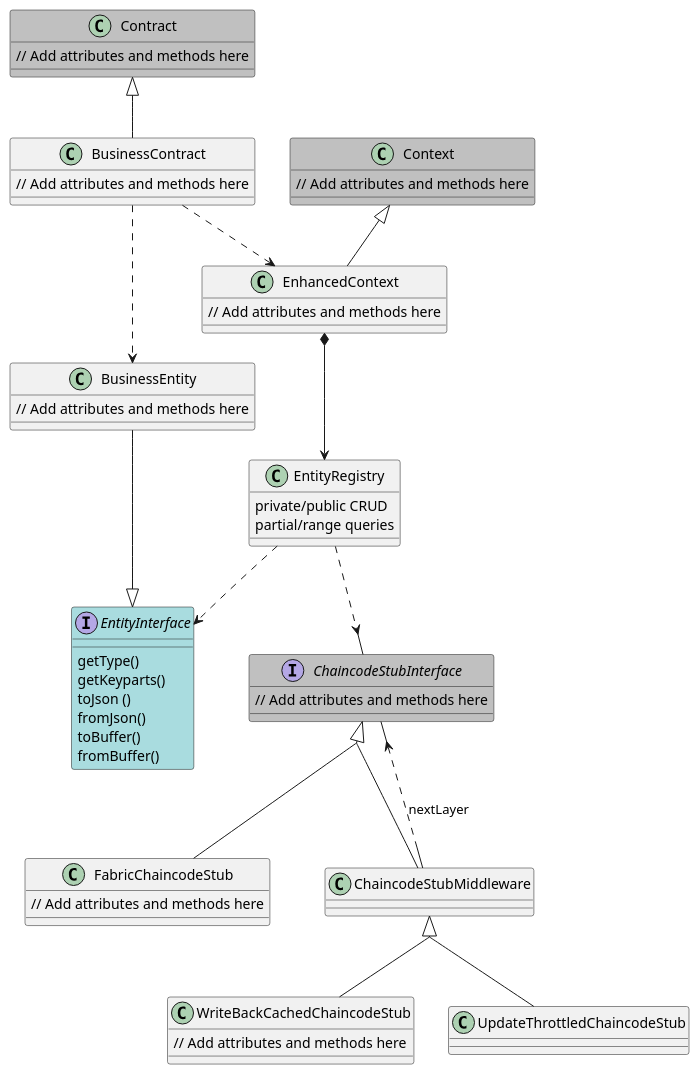
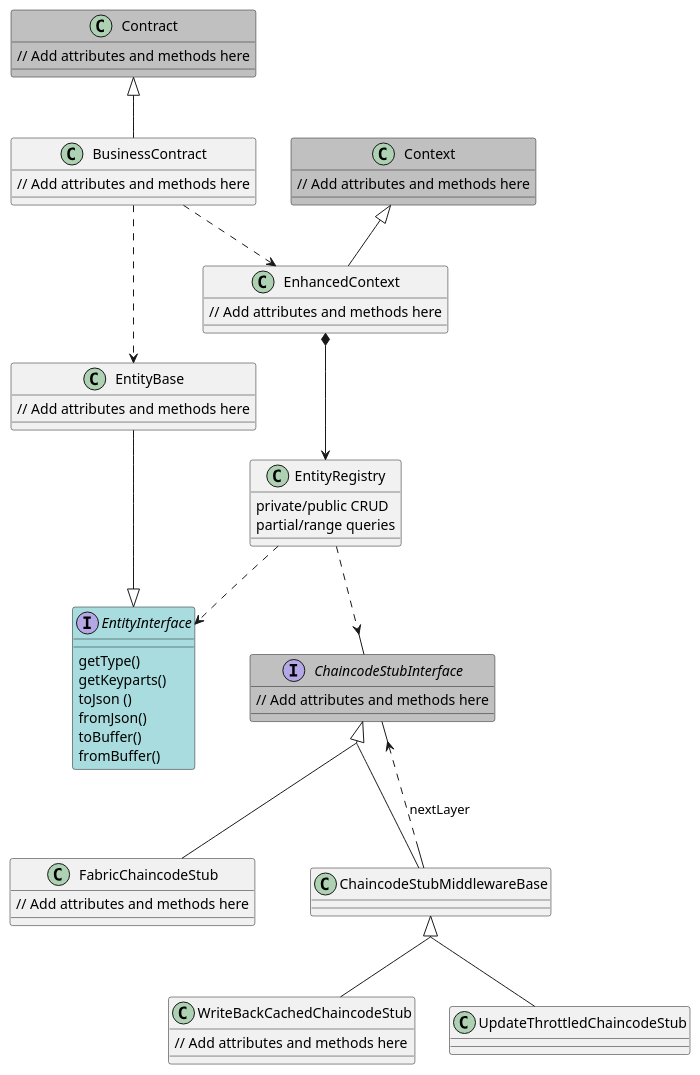
The diagram in smart-contract/hyperledger-fabric/v2/java/figures/class/class.puml (ftsrg/blockchain-benchmarks-tpcc), drawn with PlantUML before and after one commit. The commit also changed 40 other files, not shown here.

```diff
--- a/smart-contract/hyperledger-fabric/v2/java/figures/class/class.puml
+++ b/smart-contract/hyperledger-fabric/v2/java/figures/class/class.puml
@@ -1,68 +1,71 @@
 @startuml "Specificaton"
 skinparam groupInheritance 2
 Contract <|-- BusinessContract
 BusinessContract ..> EnhancedContext
-BusinessContract ..> BusinessEntity
+BusinessContract ..> EntityBase
 EnhancedContext *--> EntityRegistry
-BusinessEntity --|> EntityInterface
+EntityBase --|> EntityInterface
 EntityRegistry ..> EntityInterface
 Context <|-- EnhancedContext
 EntityRegistry ..> ChaincodeStubInterface
 
 ChaincodeStubInterface <|-- FabricChaincodeStub
-ChaincodeStubInterface <|-- ChaincodeStubMiddleware
+ChaincodeStubInterface <|-- ChaincodeStubMiddlewareBase
 
-ChaincodeStubMiddleware ..> ChaincodeStubInterface:  nextLayer
+ChaincodeStubMiddlewareBase ..> ChaincodeStubInterface:  nextLayer
 
-ChaincodeStubMiddleware <|-- WriteBackCachedChaincodeStub
-ChaincodeStubMiddleware <|-- UpdateThrottledChaincodeStub
+ChaincodeStubMiddlewareBase <|-- WriteBackCachedChaincodeStub
+ChaincodeStubMiddlewareBase <|-- UpdateThrottledChaincodeStub
 
 
 class BusinessContract {
   // Add attributes and methods here
 }
 
 class EnhancedContext {
   // Add attributes and methods here
 }
 
 class EntityRegistry {
   private/public CRUD
   partial/range queries
 }
 
 class WriteBackCachedChaincodeStub {
   // Add attributes and methods here
 }
 
 class FabricChaincodeStub {
   // Add attributes and methods here
 }
 
-class BusinessEntity {
+class EntityBase {
   // Add attributes and methods here
 }
 
 class Contract #C0C0C0{
   // Add attributes and methods here
 }
 
 class Context #C0C0C0{
   // Add attributes and methods here
 }
 
 interface EntityInterface #A9DCDF {
   getType()
   getKeyparts()
   toJson ()
   fromJson()
   toBuffer()
   fromBuffer()
 
 }
 
 interface ChaincodeStubInterface #C0C0C0{
   // Add attributes and methods here
 }
+class ChaincodeStubMiddlewareBase {
+  
+}
 
 @enduml
```
